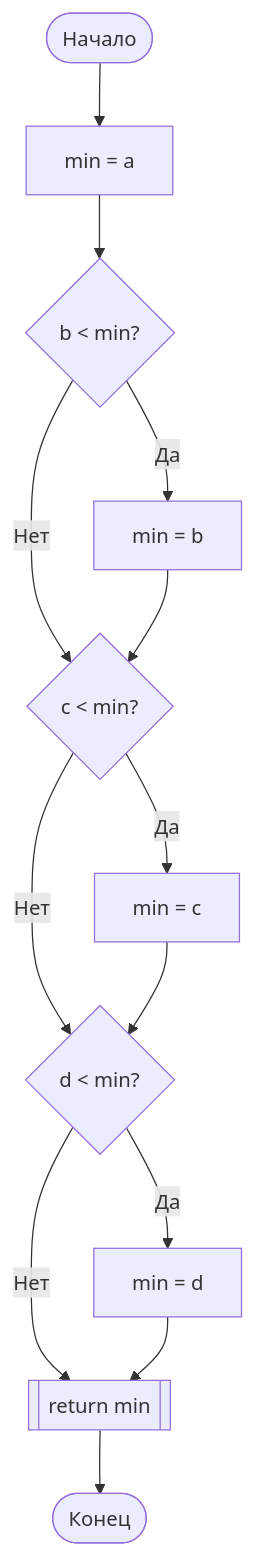
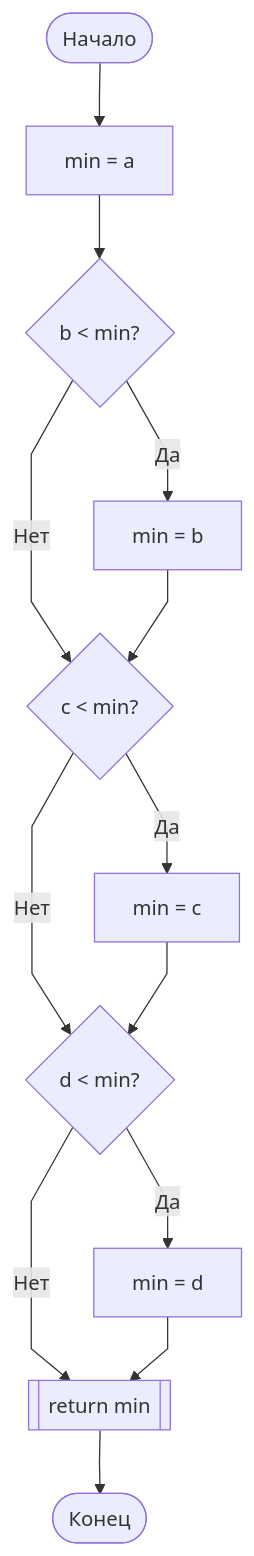
Before and after one commit to DmitryBulygin086/lab: the second of 4 diagrams in блок-схема.md, drawn with Mermaid. The commit also changed other lines of this file, not shown here.

````diff
--- a/блок-схема.md
+++ b/блок-схема.md
@@ -79,26 +80,27 @@
 ```mermaid
+%%{init: {'flowchart': {'curve': 'linear'}}}%%
 flowchart TD
     Start([Начало])
     Init["min = a"]
     Check1{"b < min?"}
     Assign1["min = b"]
     Check2{"c < min?"}
     Assign2["min = c"]
     Check3{"d < min?"}
     Assign3["min = d"]
     Return[["return min"]]
     End([Конец])
     
     Start --> Init
     Init --> Check1
     Check1 -->|Да| Assign1
     Check1 -->|Нет| Check2
     Assign1 --> Check2
     Check2 -->|Да| Assign2
     Check2 -->|Нет| Check3
     Assign2 --> Check3
     Check3 -->|Да| Assign3
     Check3 -->|Нет| Return
     Assign3 --> Return
     Return --> End
 ```
````
